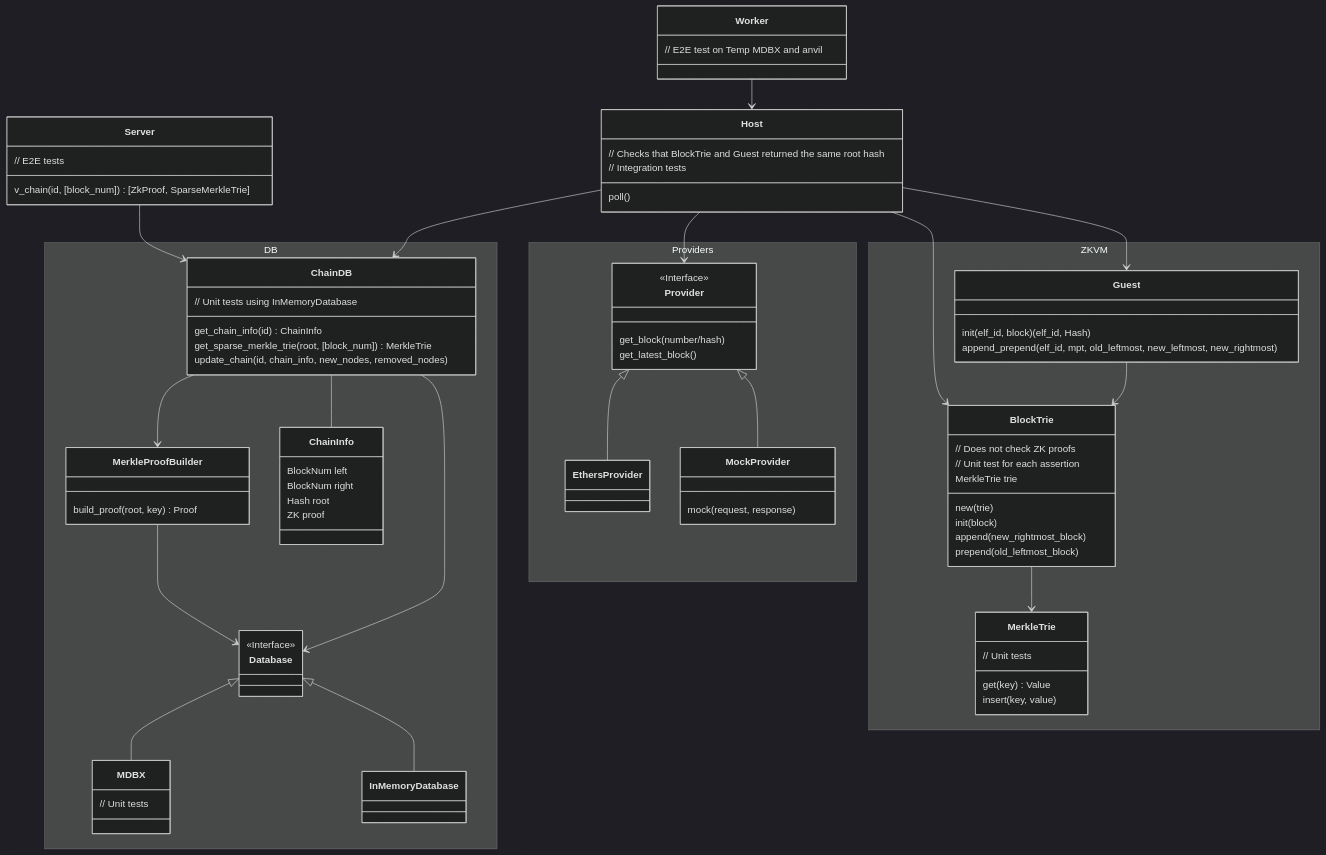
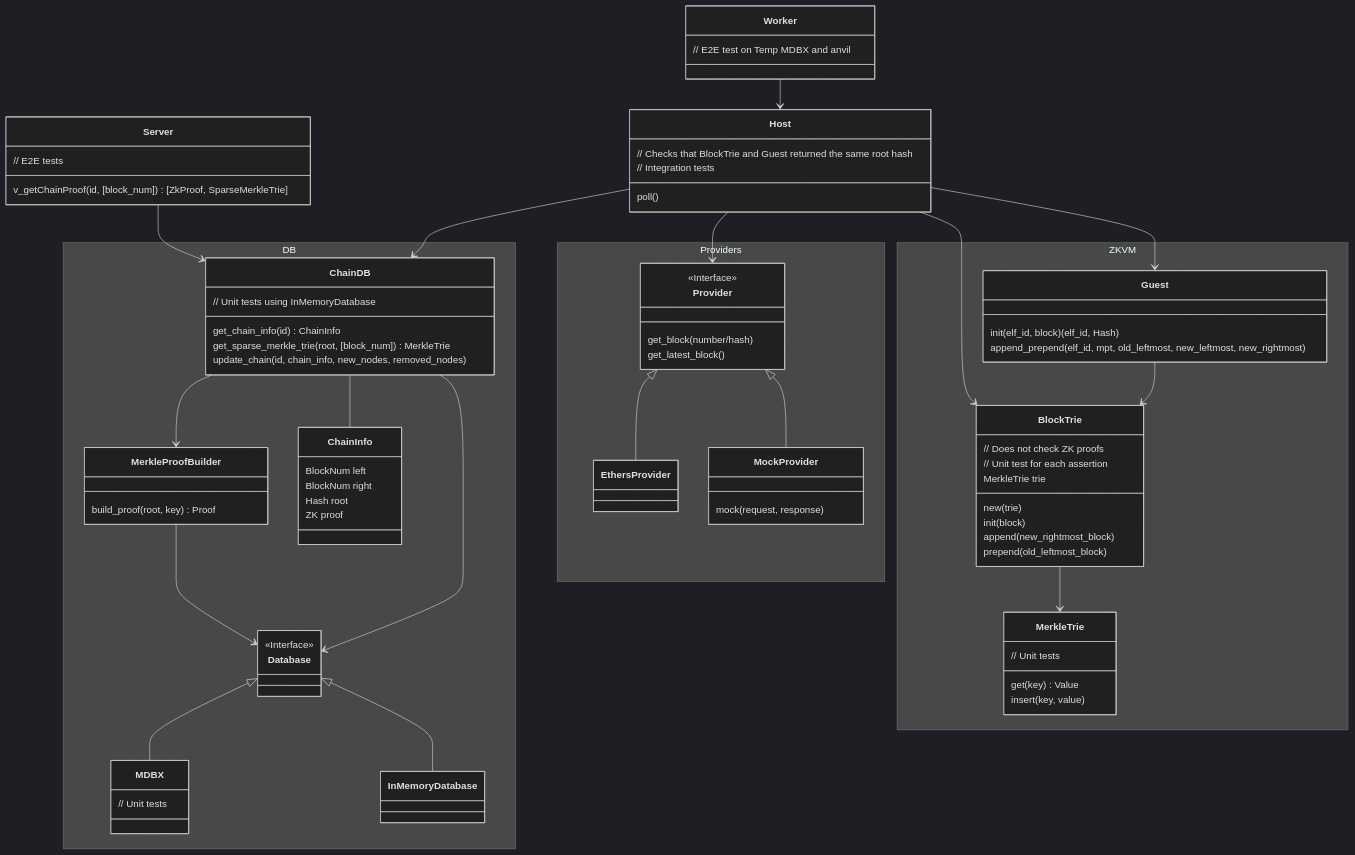
Before and after one commit to vlayer-xyz/vlayer: the diagram in book/src/appendix/architecture/block_proof/coherence.md, drawn with Mermaid. The commit also changed other lines of this file and 6 other files, not shown here.

Commit message:
Rename v_chain to v_getChainProof

```diff
--- a/book/src/appendix/architecture/block_proof/coherence.md
+++ b/book/src/appendix/architecture/block_proof/coherence.md
@@ -229,7 +229,7 @@
 
     class Server {
         // E2E tests
-        v_chain(id, [block_num]) [ZkProof, SparseMerkleTrie]
+        v_getChainProof(id, [block_num]) [ZkProof, SparseMerkleTrie]
     }
 
     namespace Providers {
```
